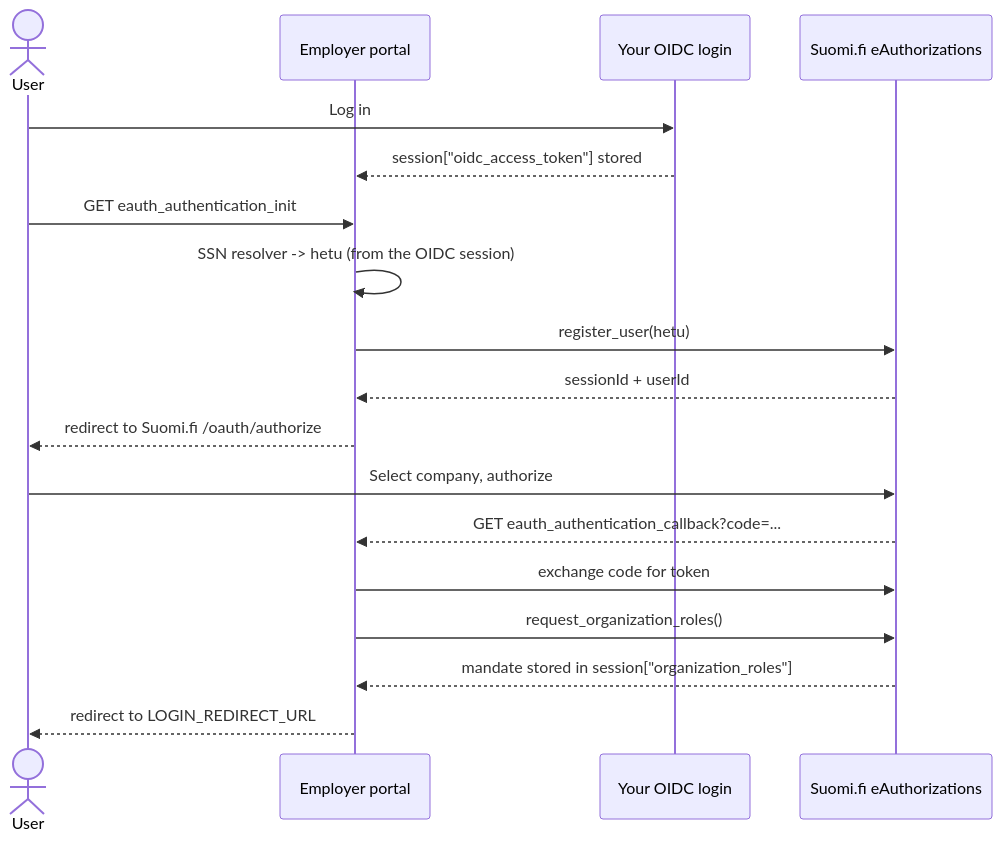
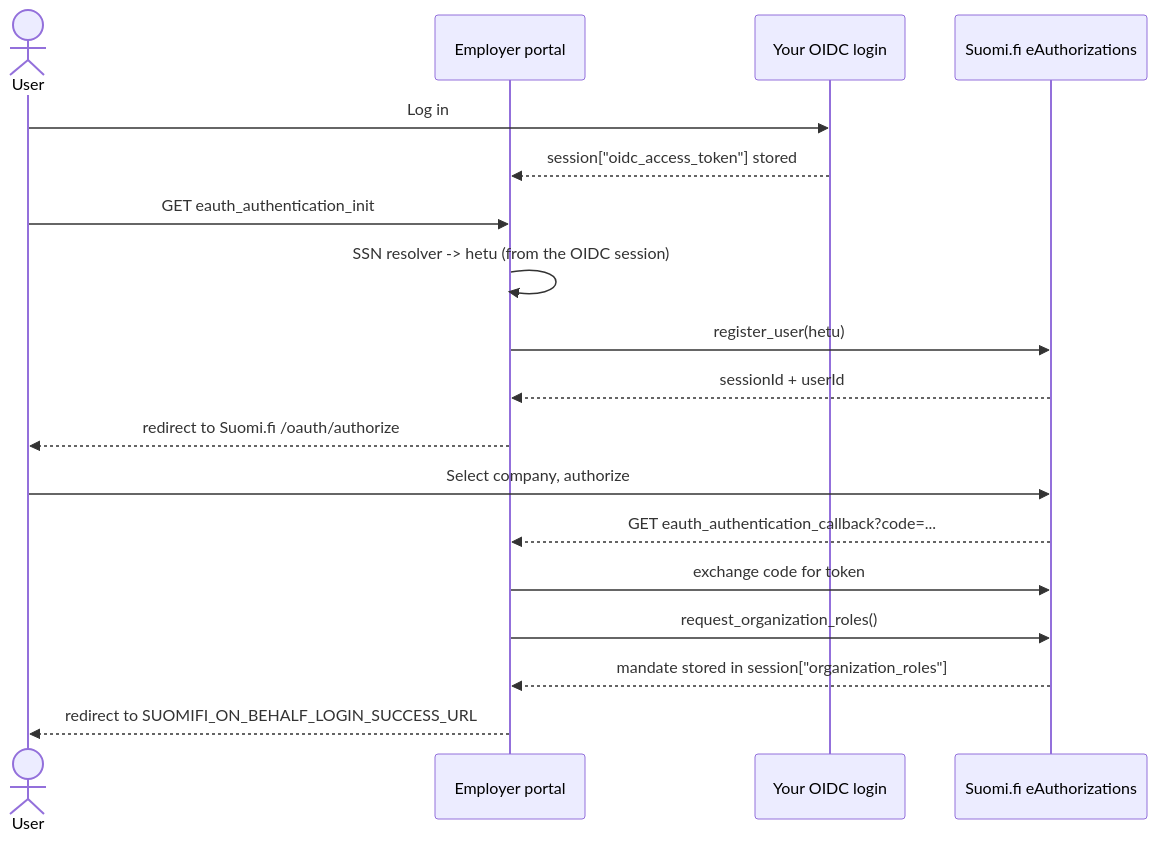
One commit to City-of-Helsinki/django-helsinki-suomifi-on-behalf changed the diagram in docs/eauth-flow.md. Above: the diagram before and after it, drawn with Mermaid. The commit also changed other lines of this file and 7 other files, not shown here.

First line of the commit message:
feat!: add SUOMIFI_ON_BEHALF_LOGIN_SUCCESS_URL setting

````diff
--- a/docs/eauth-flow.md
+++ b/docs/eauth-flow.md
@@ -18,21 +18,21 @@
 ```mermaid
 sequenceDiagram
     actor User
     participant App as Employer portal
     participant OIDC as Your OIDC login
     participant Eauth as Suomi.fi eAuthorizations
 
     User->>OIDC: Log in
     OIDC-->>App: session["oidc_access_token"] stored
     User->>App: GET eauth_authentication_init
     App->>App: SSN resolver -> hetu (from the OIDC session)
     App->>Eauth: register_user(hetu)
     Eauth-->>App: sessionId + userId
     App-->>User: redirect to Suomi.fi /oauth/authorize
     User->>Eauth: Select company, authorize
     Eauth-->>App: GET eauth_authentication_callback?code=...
     App->>Eauth: exchange code for token
     App->>Eauth: request_organization_roles()
     Eauth-->>App: mandate stored in session["organization_roles"]
-    App-->>User: redirect to LOGIN_REDIRECT_URL
+    App-->>User: redirect to SUOMIFI_ON_BEHALF_LOGIN_SUCCESS_URL
 ```
````
